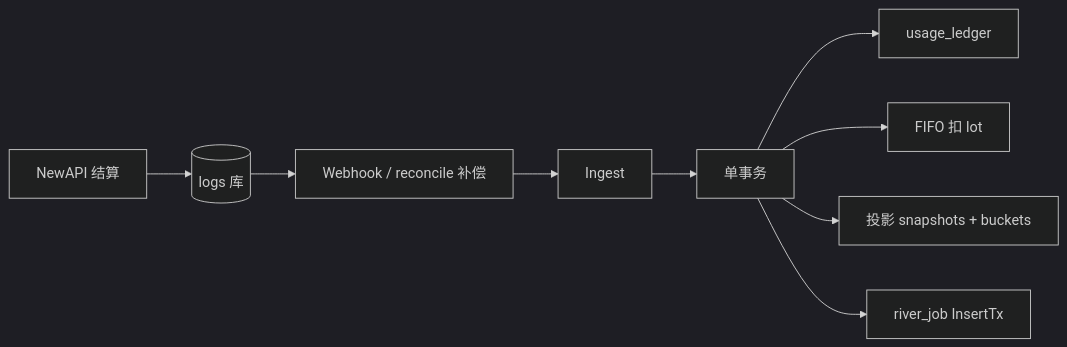
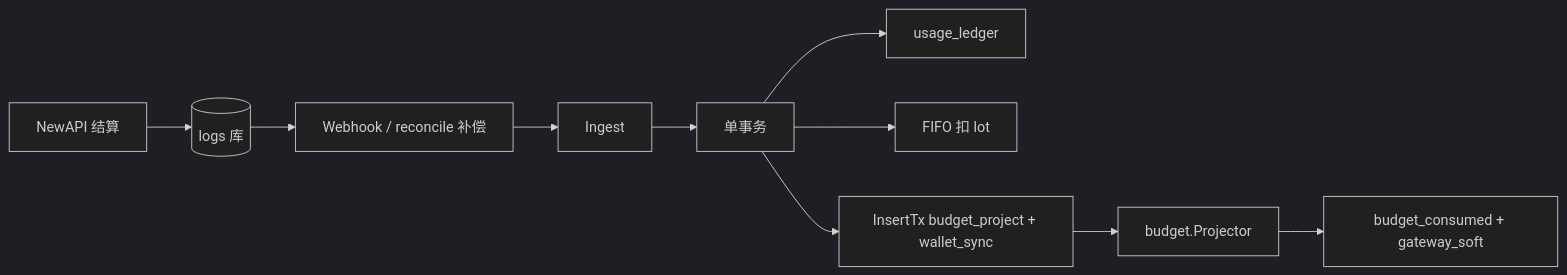
One commit to quyip8818/mytokenjoy changed the seventh of 10 diagrams in docs/Backend-预算.md. Above: the diagram before and after it, drawn with Mermaid (dark theme). The commit also changed other lines of this file and 16 other files, not shown here.

````diff
--- a/docs/Backend-预算.md
+++ b/docs/Backend-预算.md
@@ -276,11 +293,12 @@
 ```mermaid
 flowchart LR
   NA[NewAPI 结算] --> LOGS[(logs 库)]
   LOGS --> WH[Webhook / reconcile 补偿]
   WH --> ING[Ingest]
   ING --> TX[单事务]
   TX --> L[usage_ledger]
   TX --> F[FIFO 扣 lot]
-  TX --> P[投影 snapshots + buckets]
-  TX --> Q[river_job InsertTx]
+  TX --> Q[InsertTx budget_project + wallet_sync]
+  Q --> BP[budget.Projector]
+  BP --> BC[budget_consumed + gateway_soft]
 ```
````
